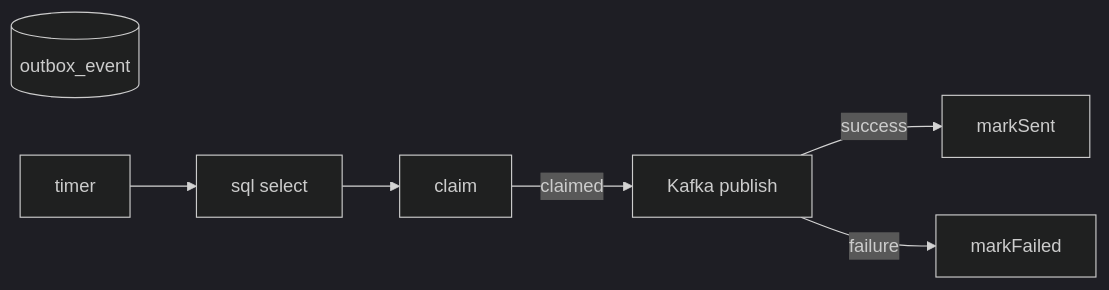
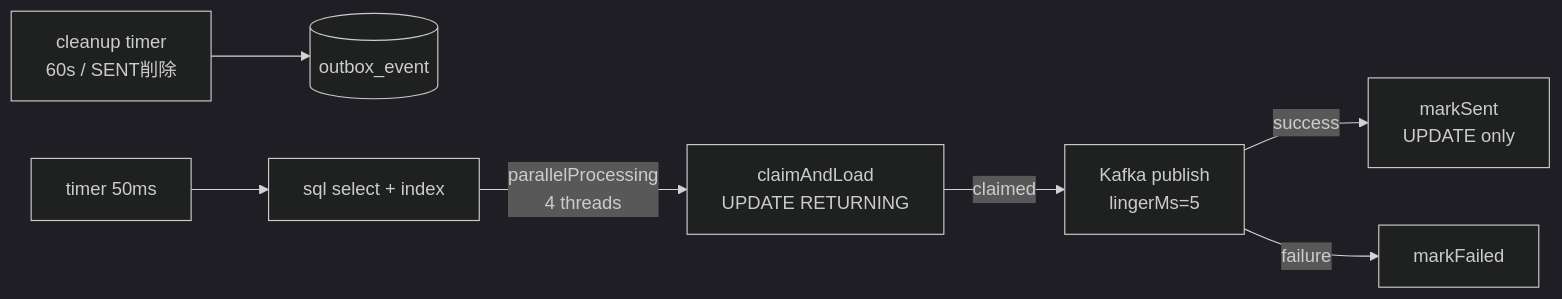
One commit to keijijin/fx-trading-sample changed the third of 11 diagrams in design/implementation-guide.md. Above: the diagram before and after it, drawn with Mermaid (dark theme). The commit also changed other lines of this file and 4 other files, not shown here.

````diff
--- a/design/implementation-guide.md
+++ b/design/implementation-guide.md
@@ -110,15 +110,17 @@
 ```mermaid
 flowchart LR
     DB[(outbox_event)]
-    T[timer]
-    SQL[sql select]
-    CL[claim]
-    K[Kafka publish]
-    MS[markSent]
+    T[timer 50ms]
+    SQL[sql select + index]
+    CL[claimAndLoad\nUPDATE RETURNING]
+    K[Kafka publish\nlingerMs=5]
+    MS[markSent\nUPDATE only]
     MF[markFailed]
+    CLEAN[cleanup timer\n60s / SENT削除]
 
-    T --> SQL --> CL
+    T --> SQL -->|parallelProcessing\n4 threads| CL
     CL -->|claimed| K
     K -->|success| MS
     K -->|failure| MF
+    CLEAN --> DB
 ```
````
